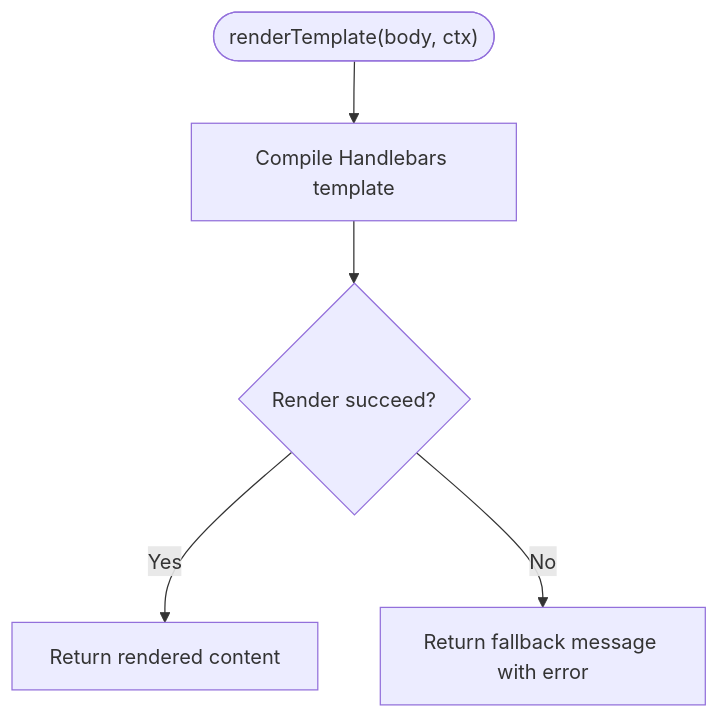
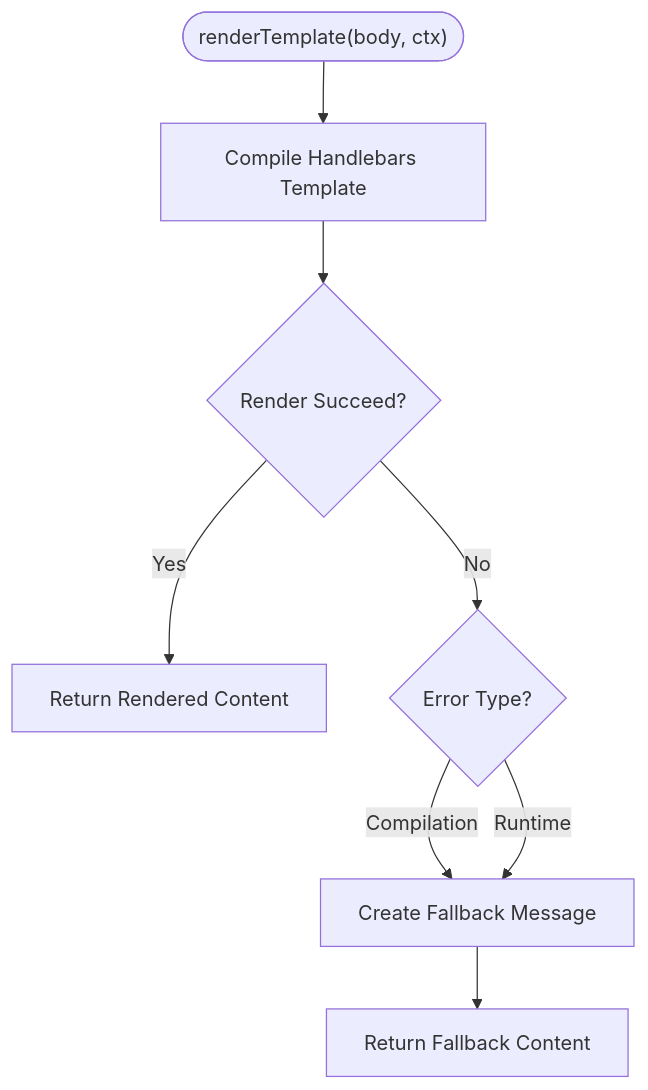
The fifth of 9 diagrams in .qoder/repowiki/en/content/Settings and Configuration/Template Management.md (jrj444/git-daily), drawn with Mermaid before and after one commit. The commit also changed other lines of this file and 26 other files, not shown here.

````diff
--- a/.qoder/repowiki/en/content/Settings and Configuration/Template Management.md
+++ b/.qoder/repowiki/en/content/Settings and Configuration/Template Management.md
@@ -178,7 +296,10 @@
 ```mermaid
 flowchart TD
-Enter(["renderTemplate(body, ctx)"]) --> Compile["Compile Handlebars template"]
-Compile --> TryRender{"Render succeed?"}
-TryRender --> |Yes| ReturnOK["Return rendered content"]
-TryRender --> |No| Fallback["Return fallback message with error"]
+Enter(["renderTemplate(body, ctx)"]) --> Compile["Compile Handlebars Template"]
+Compile --> TryRender{"Render Succeed?"}
+TryRender --> |Yes| ReturnOK["Return Rendered Content"]
+TryRender --> |No| CheckErrorType{"Error Type?"}
+CheckErrorType --> |Compilation| FallbackMsg["Create Fallback Message"]
+CheckErrorType --> |Runtime| FallbackMsg
+FallbackMsg --> ReturnFallback["Return Fallback Content"]
 ```
````
